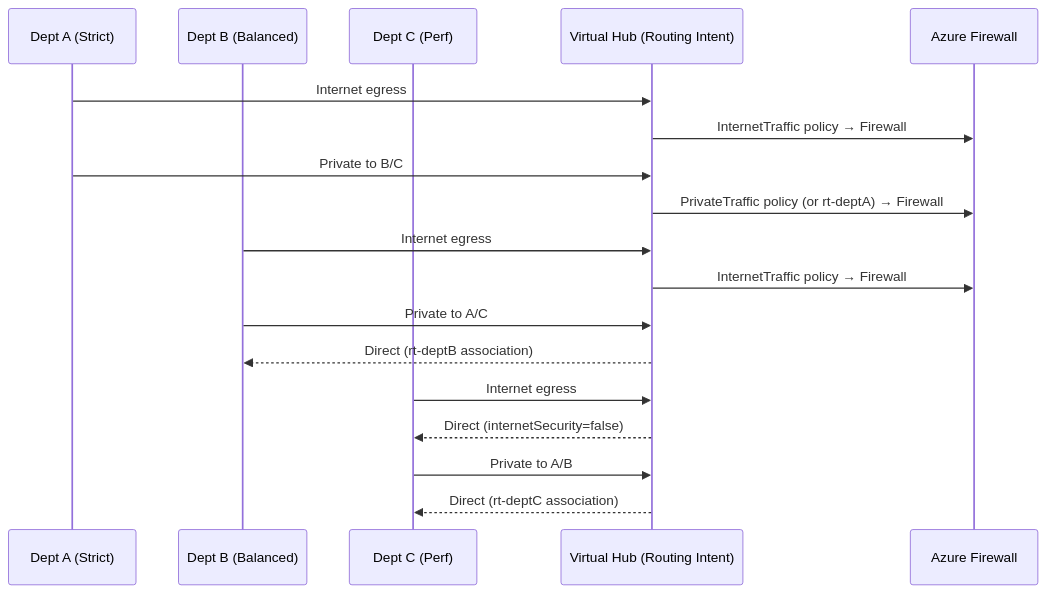
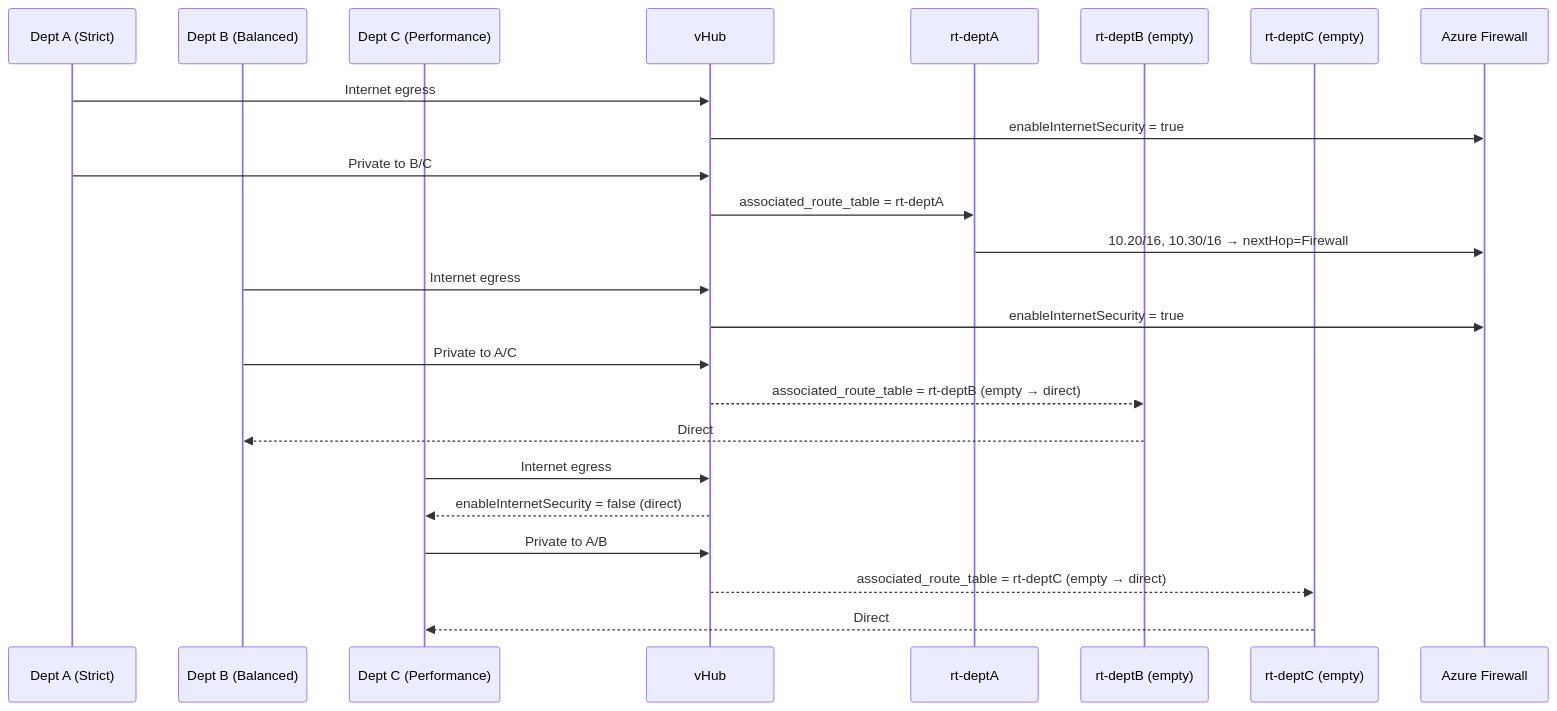
Before and after one commit to olumidetowoju/vwan-dept-architecture-labs: the diagram in labs/day04-routing-intent-dept-profiles.md, drawn with Mermaid. The commit also changed other lines of this file, not shown here.

Commit message:
Day 4 wrap-up: sequence diagram, validations, and gotchas

````diff
--- a/labs/day04-routing-intent-dept-profiles.md
+++ b/labs/day04-routing-intent-dept-profiles.md
@@ -29,23 +29,29 @@
 ```mermaid
 sequenceDiagram
     participant A as Dept A (Strict)
     participant B as Dept B (Balanced)
-    participant C as Dept C (Perf)
-    participant HUB as Virtual Hub (Routing Intent)
+    participant C as Dept C (Performance)
+    participant HUB as vHub
+    participant RTa as rt-deptA
+    participant RTb as rt-deptB (empty)
+    participant RTc as rt-deptC (empty)
     participant FW as Azure Firewall
 
     A->>HUB: Internet egress
-    HUB->>FW: InternetTraffic policy → Firewall
+    HUB->>FW: enableInternetSecurity = true
     A->>HUB: Private to B/C
-    HUB->>FW: PrivateTraffic policy (or rt-deptA) → Firewall
+    HUB->>RTa: associated_route_table = rt-deptA
+    RTa->>FW: 10.20/16, 10.30/16 → nextHop=Firewall
 
     B->>HUB: Internet egress
-    HUB->>FW: InternetTraffic policy → Firewall
+    HUB->>FW: enableInternetSecurity = true
     B->>HUB: Private to A/C
-    HUB-->>B: Direct (rt-deptB association)
+    HUB-->>RTb: associated_route_table = rt-deptB (empty → direct)
+    RTb-->>B: Direct
 
     C->>HUB: Internet egress
-    HUB-->>C: Direct (internetSecurity=false)
+    HUB-->>C: enableInternetSecurity = false (direct)
     C->>HUB: Private to A/B
-    HUB-->>C: Direct (rt-deptC association)
+    HUB-->>RTc: associated_route_table = rt-deptC (empty → direct)
+    RTc-->>C: Direct
 ```
````
